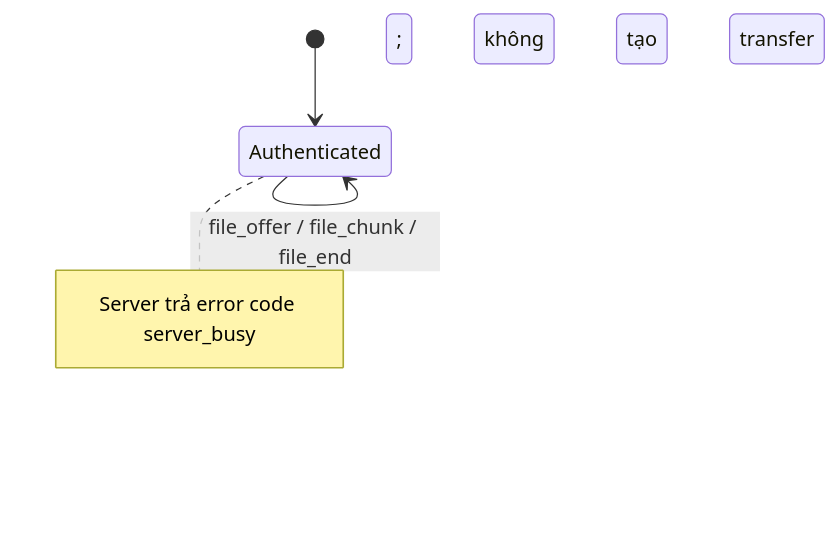
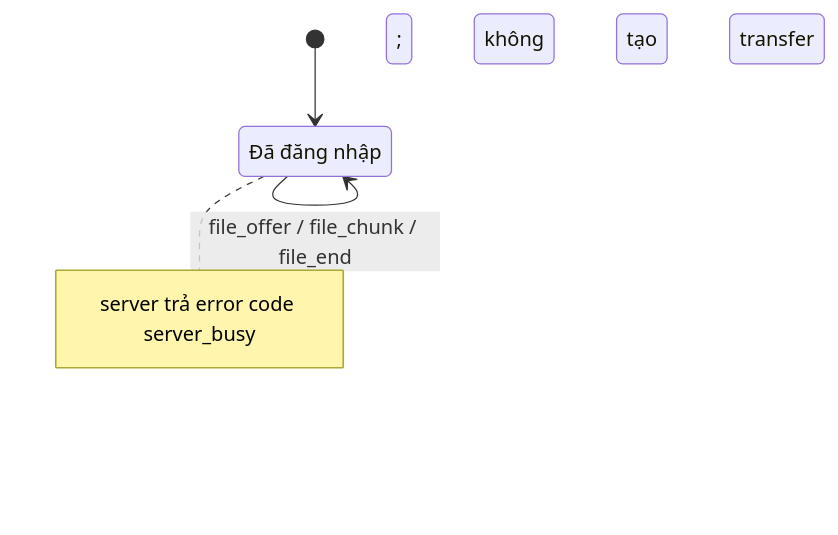
The fourth of 4 diagrams in docs/state-diagrams.md (TrungTran1209/distributed-client-server-app), drawn with Mermaid before and after one commit. The commit also changed other lines of this file and 11 other files, not shown here.

````diff
--- a/docs/state-diagrams.md
+++ b/docs/state-diagrams.md
@@ -70,6 +82,7 @@
 ```mermaid
 stateDiagram-v2
     [*] --> Authenticated
+    state "Đã đăng nhập" as Authenticated
     Authenticated --> Authenticated: file_offer / file_chunk / file_end
-    note right of Authenticated: Server trả error code server_busy; không tạo transfer state
+    note right of Authenticated: server trả error code server_busy; không tạo transfer state
 ```
````
